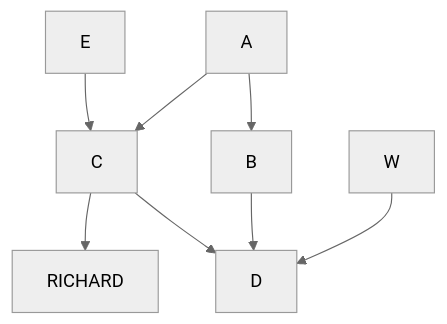
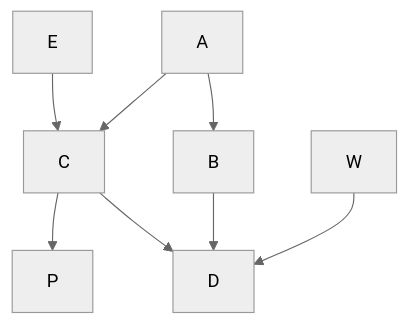
One commit to vdekercd/vdekercd changed the diagram in mermaids/graph.mermaid. Above: the diagram before and after it, drawn with Mermaid (neutral theme).

```diff
--- a/mermaids/graph.mermaid
+++ b/mermaids/graph.mermaid
@@ -1,8 +1,8 @@
 graph TD;
     A-->B;
     A-->C;
     B-->D;
     C-->D;
     W-->D;
     E-->C;
-    C-->RICHARD;
+    C-->P;
```
